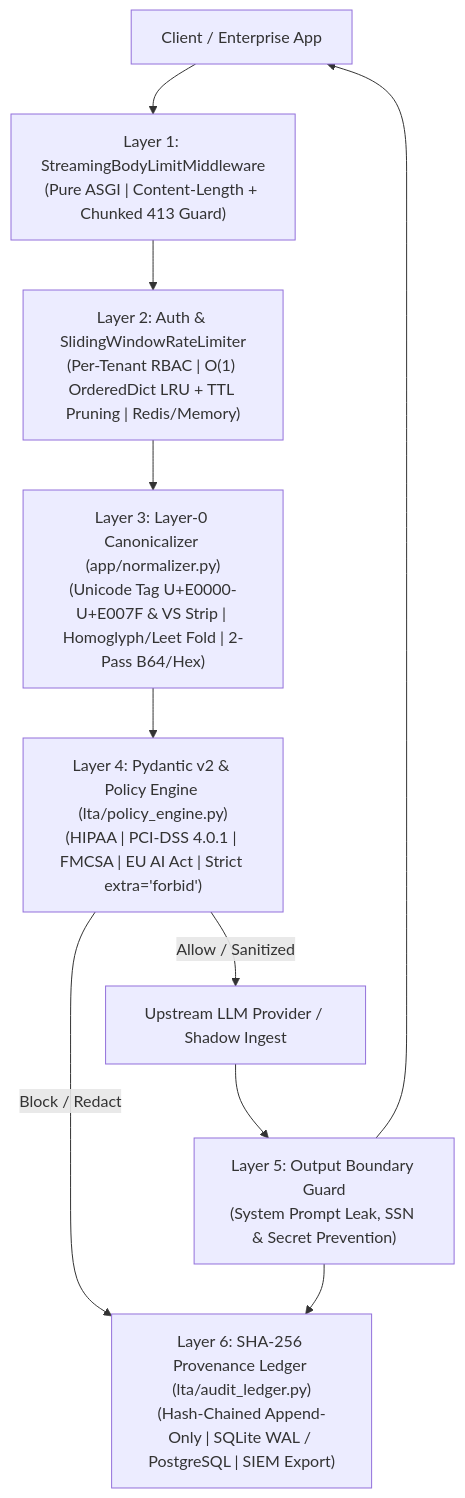
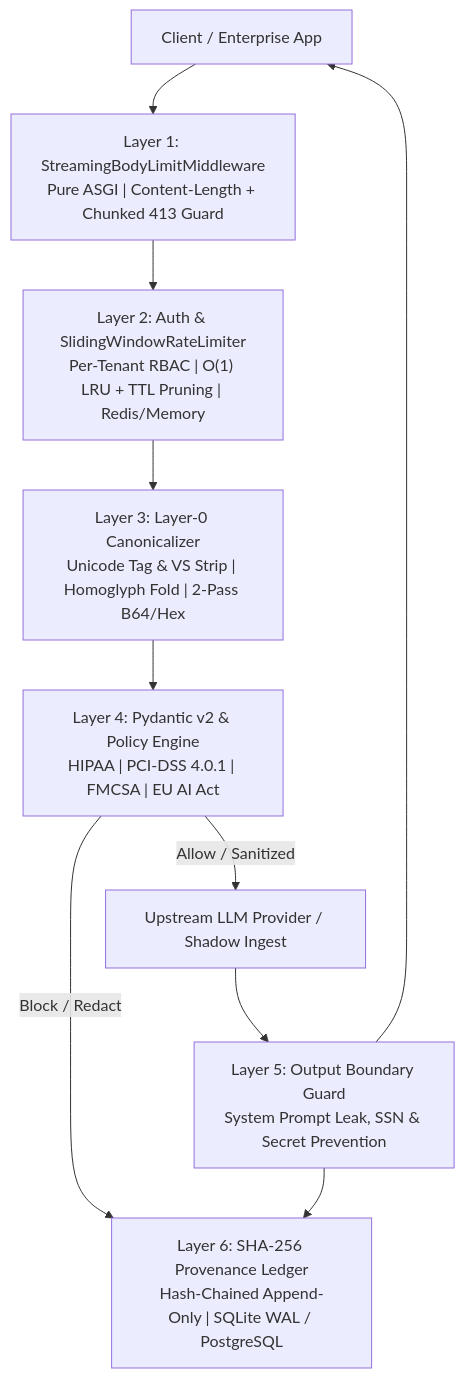
One commit to stickneycorey1-source/Lucid-Truth-Audit- changed the diagram in README.md. Above: the diagram before and after it, drawn with Mermaid.

````diff
--- a/README.md
+++ b/README.md
@@ -36,12 +36,12 @@
 ```mermaid
 flowchart TD
-    Client["Client / Enterprise App"] --> Ingress["Layer 1: StreamingBodyLimitMiddleware\n(Pure ASGI | Content-Length + Chunked 413 Guard)"]
-    Ingress --> AuthRL["Layer 2: Auth & SlidingWindowRateLimiter\n(Per-Tenant RBAC | O(1) OrderedDict LRU + TTL Pruning | Redis/Memory)"]
-    AuthRL --> Norm["Layer 3: Layer-0 Canonicalizer (app/normalizer.py)\n(Unicode Tag U+E0000-U+E007F & VS Strip | Homoglyph/Leet Fold | 2-Pass B64/Hex)"]
-    Norm --> Policy["Layer 4: Pydantic v2 & Policy Engine (lta/policy_engine.py)\n(HIPAA | PCI-DSS 4.0.1 | FMCSA | EU AI Act | Strict extra='forbid')"]
-    Policy -->|Block / Redact| Ledger["Layer 6: SHA-256 Provenance Ledger (lta/audit_ledger.py)\n(Hash-Chained Append-Only | SQLite WAL / PostgreSQL | SIEM Export)"]
+    Client["Client / Enterprise App"] --> Ingress["Layer 1: StreamingBodyLimitMiddleware<br/>Pure ASGI | Content-Length + Chunked 413 Guard"]
+    Ingress --> AuthRL["Layer 2: Auth & SlidingWindowRateLimiter<br/>Per-Tenant RBAC | O(1) LRU + TTL Pruning | Redis/Memory"]
+    AuthRL --> Norm["Layer 3: Layer-0 Canonicalizer<br/>Unicode Tag & VS Strip | Homoglyph Fold | 2-Pass B64/Hex"]
+    Norm --> Policy["Layer 4: Pydantic v2 & Policy Engine<br/>HIPAA | PCI-DSS 4.0.1 | FMCSA | EU AI Act"]
+    Policy -->|Block / Redact| Ledger["Layer 6: SHA-256 Provenance Ledger<br/>Hash-Chained Append-Only | SQLite WAL / PostgreSQL"]
     Policy -->|Allow / Sanitized| Upstream["Upstream LLM Provider / Shadow Ingest"]
-    Upstream --> OutGuard["Layer 5: Output Boundary Guard\n(System Prompt Leak, SSN & Secret Prevention)"]
+    Upstream --> OutGuard["Layer 5: Output Boundary Guard<br/>System Prompt Leak, SSN & Secret Prevention"]
     OutGuard --> Ledger
     OutGuard --> Client
 ```
````
